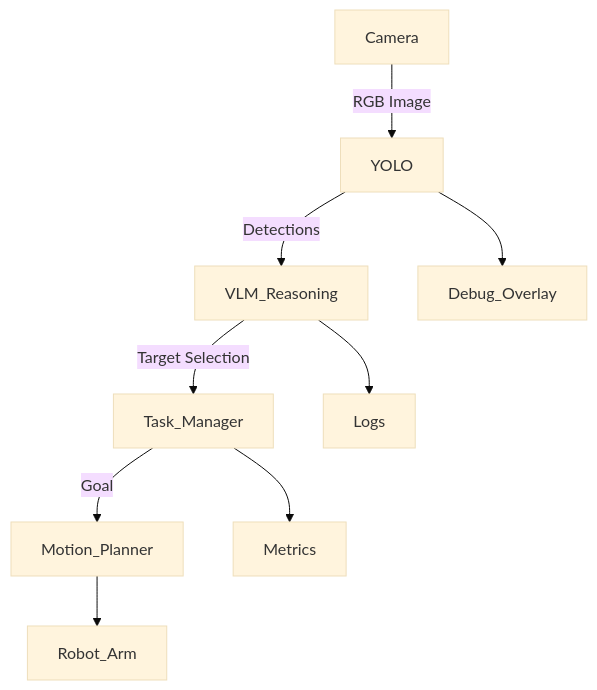
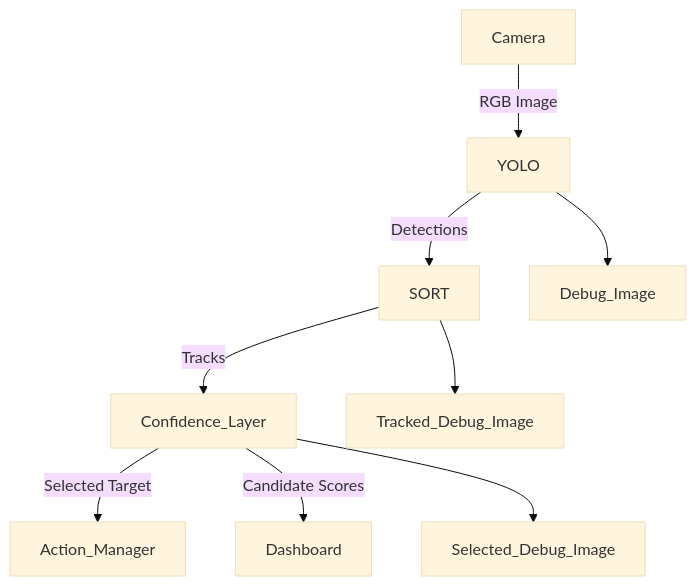
One commit to andy0530/task-aware-robotic-perception changed the diagram in docs/working_doc.md. Above: the diagram before and after it, drawn with Mermaid (base theme). The commit also changed other lines of this file, not shown here.

````diff
--- a/docs/working_doc.md
+++ b/docs/working_doc.md
@@ -67,12 +78,13 @@
 ```mermaid
 graph TD
+
   Camera -->|RGB Image| YOLO
-  YOLO -->|Detections| VLM_Reasoning
-  VLM_Reasoning -->|Target Selection| Task_Manager
-  Task_Manager -->|Goal| Motion_Planner
-  Motion_Planner --> Robot_Arm
+  YOLO -->|Detections| SORT
+  SORT -->|Tracks| Confidence_Layer
+  Confidence_Layer -->|Selected Target| Action_Manager
 
-  YOLO --> Debug_Overlay
-  VLM_Reasoning --> Logs
-  Task_Manager --> Metrics
+  Confidence_Layer -->|Candidate Scores| Dashboard
+  YOLO --> Debug_Image
+  SORT --> Tracked_Debug_Image
+  Confidence_Layer --> Selected_Debug_Image
 ```
````
